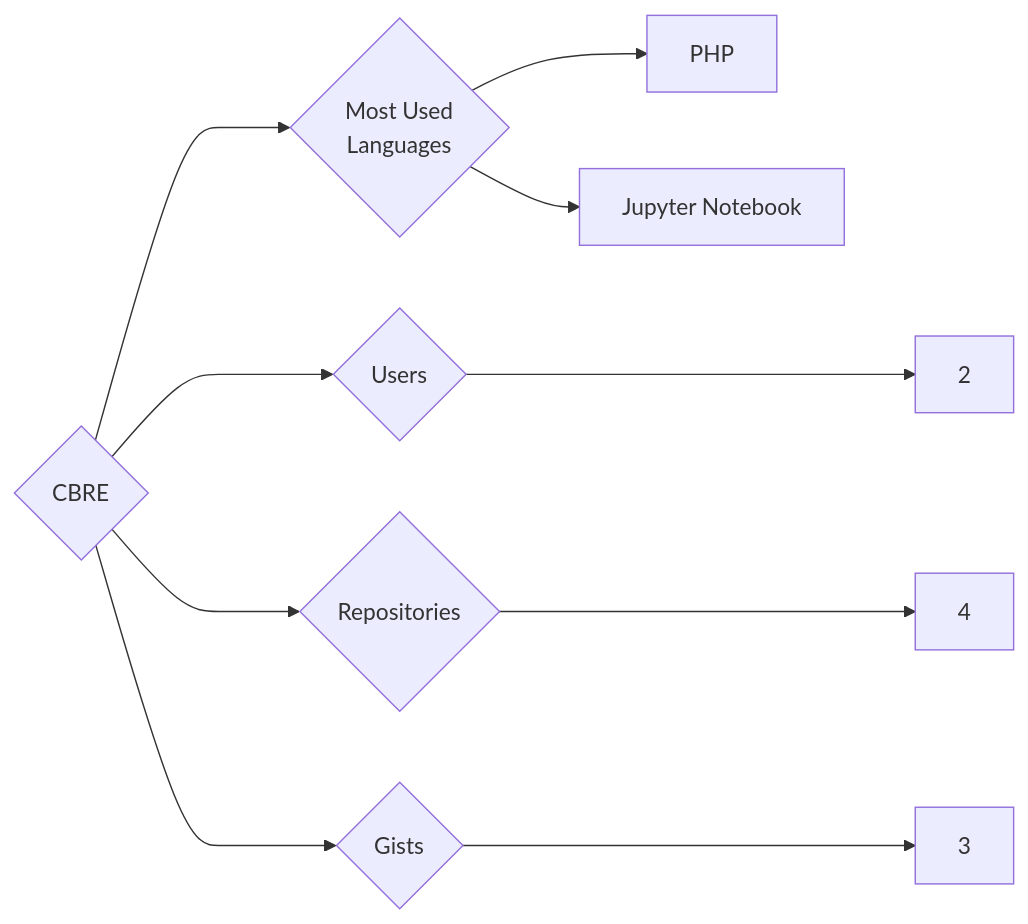
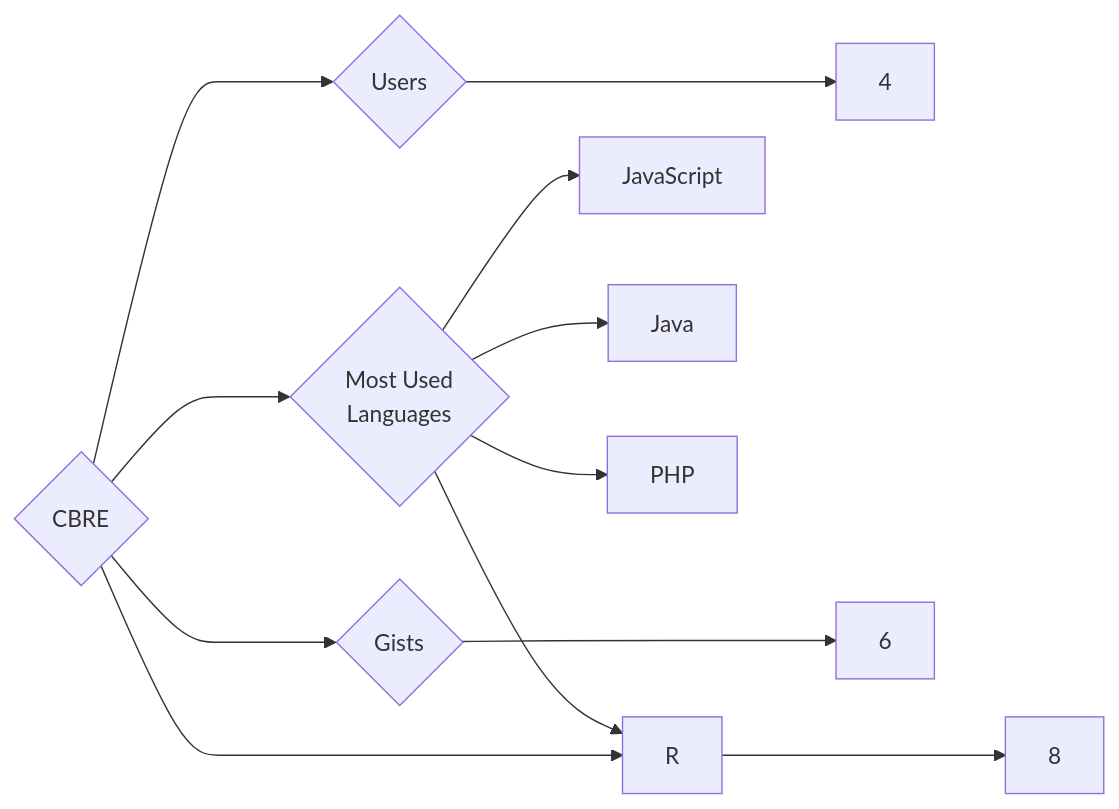
The diagram in targets/CBRE/README.md (trickest/insiders), drawn with Mermaid before and after one commit. The commit also changed 993 other files, not shown here.

````diff
--- a/targets/CBRE/README.md
+++ b/targets/CBRE/README.md
@@ -3,10 +3,12 @@
 ```mermaid
 graph LR
 COMPANY_NAME{CBRE}
-COMPANY_NAME ---> U{Users} ---> UN[2]
-COMPANY_NAME ---> R{Repositories} ---> RN[4]
-COMPANY_NAME ---> G{Gists} ---> GN[3]
+COMPANY_NAME ---> U{Users} ---> UN[4]
+COMPANY_NAME ---> R{Repositories} ---> RN[8]
+COMPANY_NAME ---> G{Gists} ---> GN[6]
 COMPANY_NAME ---> ML{Most Used<br>Languages}
+ML --> JavaScript[JavaScript]
+ML --> Java[Java]
+ML --> R[R]
 ML --> PHP[PHP]
-ML --> Jupyter_Notebook[Jupyter Notebook]
 ```
````
